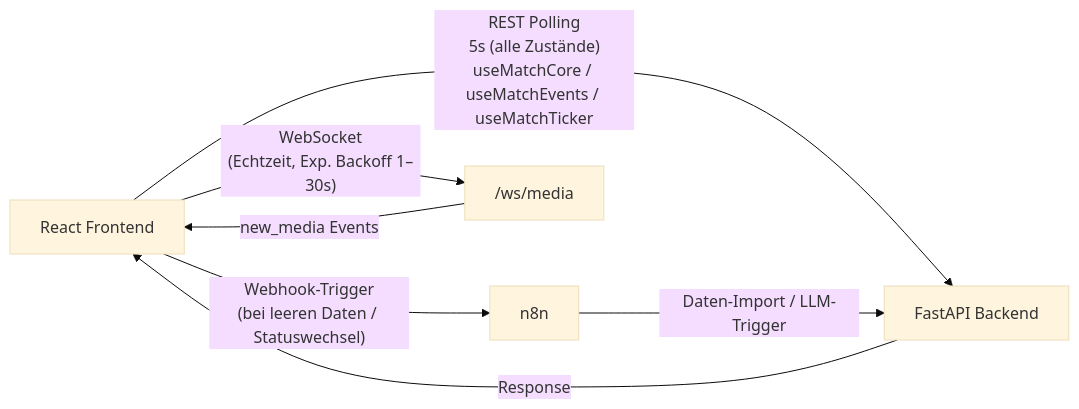
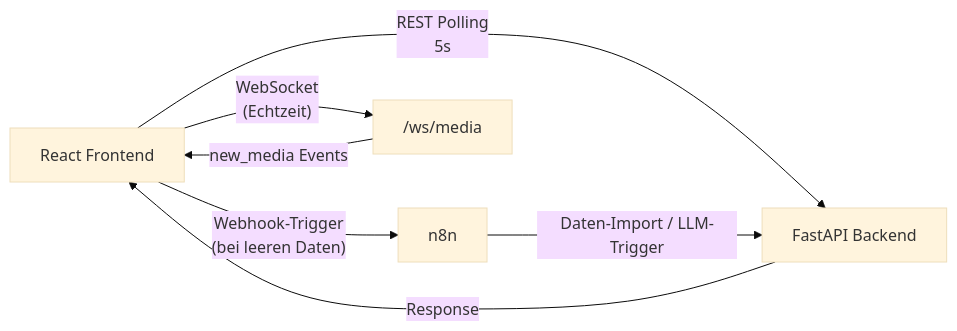
Before and after one commit to JonasKimmer/liveticker-eintracht: the eighth of 8 diagrams in docs/kapitel4_systemkonzeption.md, drawn with Mermaid (base theme). The commit also changed other lines of this file and 7 other files, not shown here.

````diff
--- a/docs/kapitel4_systemkonzeption.md
+++ b/docs/kapitel4_systemkonzeption.md
@@ -605,12 +509,12 @@
 ```mermaid
 flowchart LR
     FE["React Frontend"]
 
-    FE -- "REST Polling\n5s (alle Zustände)\nuseMatchCore / useMatchEvents / useMatchTicker" --> BE["FastAPI Backend"]
-    FE -- "Webhook-Trigger\n(bei leeren Daten / Statuswechsel)" --> N8N["n8n"]
-    FE -- "WebSocket\n(Echtzeit, Exp. Backoff 1–30s)" --> WS["/ws/media"]
+    FE -- "REST Polling\n5s" --> BE["FastAPI Backend"]
+    FE -- "Webhook-Trigger\n(bei leeren Daten)" --> N8N["n8n"]
+    FE -- "WebSocket\n(Echtzeit)" --> WS["/ws/media"]
 
     BE -- "Response" --> FE
     N8N -- "Daten-Import / LLM-Trigger" --> BE
     WS -- "new_media Events" --> FE
 ```
````
